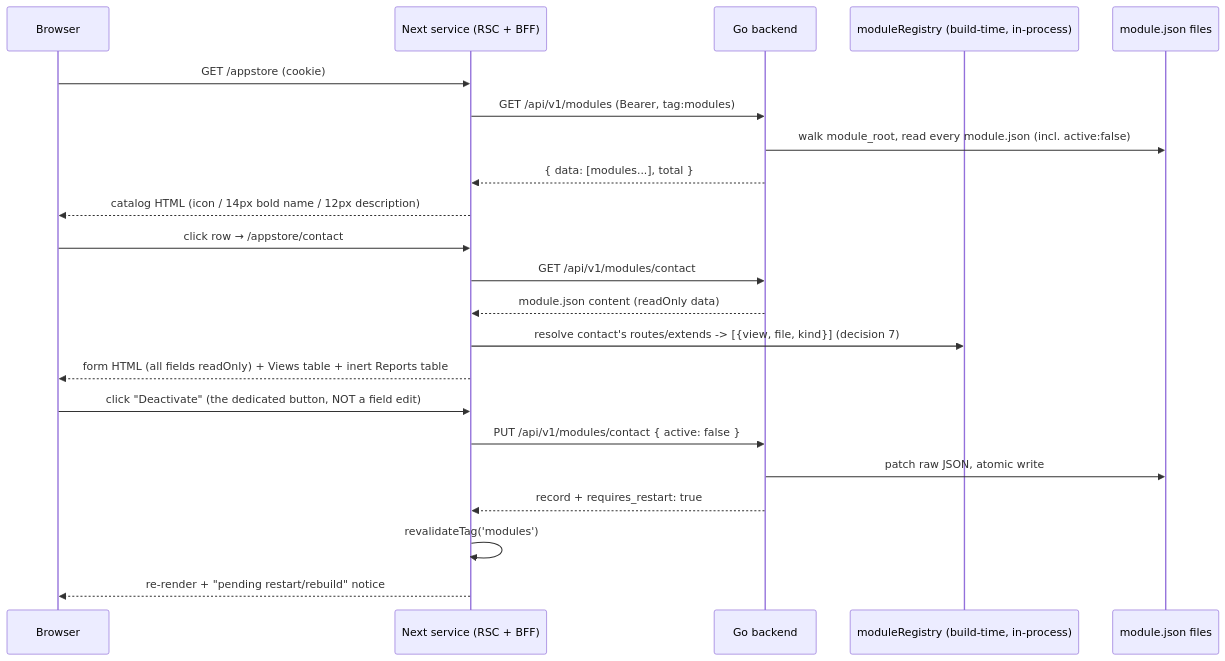
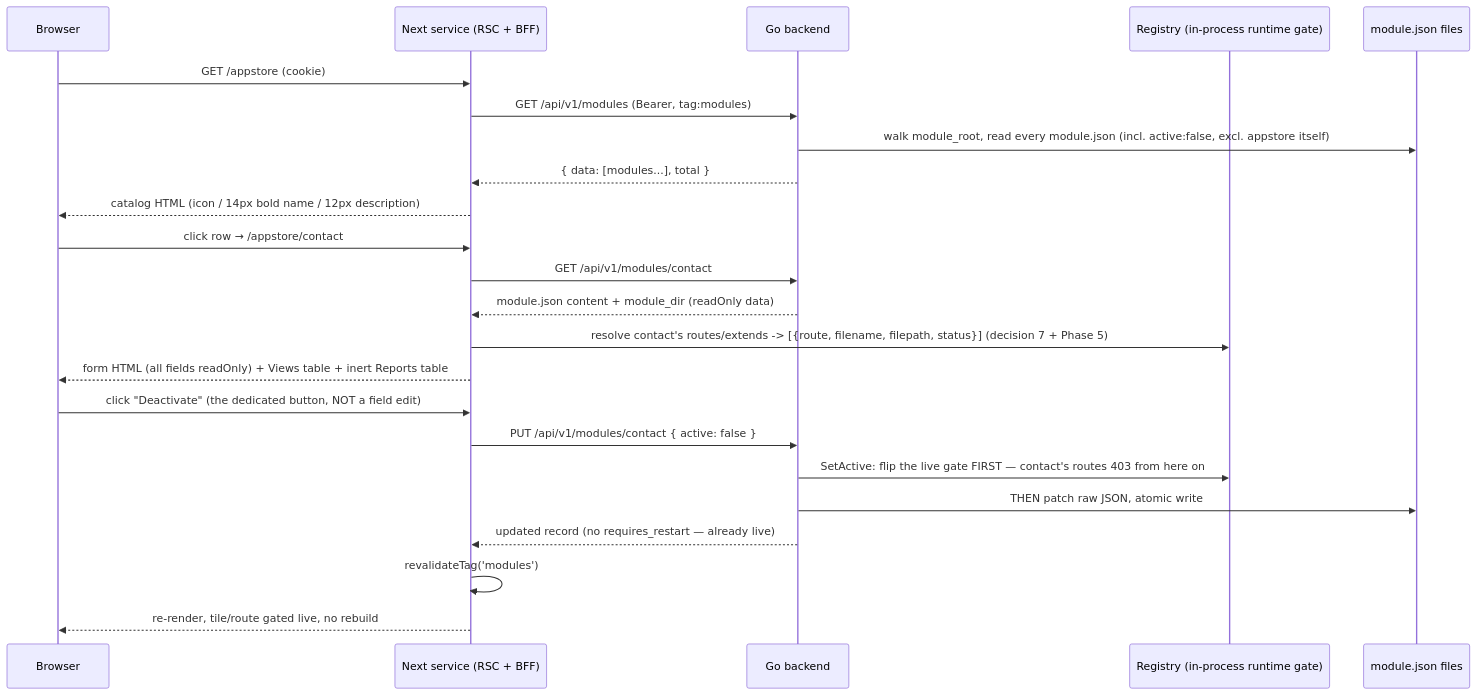
The first of 2 diagrams in docs/roadmaps/app-store.md (noiia/EERP), drawn with Mermaid before and after one commit. The commit also changed other lines of this file and 39 other files, not shown here.

First line of the commit message:
feat(appstore): live module lifecycle, operation logs, real Views identity

````diff
--- a/docs/roadmaps/app-store.md
+++ b/docs/roadmaps/app-store.md
@@ -114,24 +124,25 @@
 ```mermaid
 sequenceDiagram
     participant B as Browser
     participant N as Next service (RSC + BFF)
     participant G as Go backend
-    participant R as moduleRegistry (build-time, in-process)
+    participant R as Registry (in-process runtime gate)
     participant FS as module.json files
     B->>N: GET /appstore (cookie)
     N->>G: GET /api/v1/modules (Bearer, tag:modules)
-    G->>FS: walk module_root, read every module.json (incl. active:false)
+    G->>FS: walk module_root, read every module.json (incl. active:false, excl. appstore itself)
     G-->>N: { data: [modules...], total }
     N-->>B: catalog HTML (icon / 14px bold name / 12px description)
     B->>N: click row → /appstore/contact
     N->>G: GET /api/v1/modules/contact
-    G-->>N: module.json content (readOnly data)
-    N->>R: resolve contact's routes/extends -> [{view, file, kind}] (decision 7)
+    G-->>N: module.json content + module_dir (readOnly data)
+    N->>R: resolve contact's routes/extends -> [{route, filename, filepath, status}] (decision 7 + Phase 5)
     N-->>B: form HTML (all fields readOnly) + Views table + inert Reports table
     B->>N: click "Deactivate" (the dedicated button, NOT a field edit)
     N->>G: PUT /api/v1/modules/contact { active: false }
-    G->>FS: patch raw JSON, atomic write
-    G-->>N: record + requires_restart: true
+    G->>R: SetActive: flip the live gate FIRST — contact's routes 403 from here on
+    G->>FS: THEN patch raw JSON, atomic write
+    G-->>N: updated record (no requires_restart — already live)
     N->>N: revalidateTag('modules')
-    N-->>B: re-render + "pending restart/rebuild" notice
+    N-->>B: re-render, tile/route gated live, no rebuild
 ```
````
